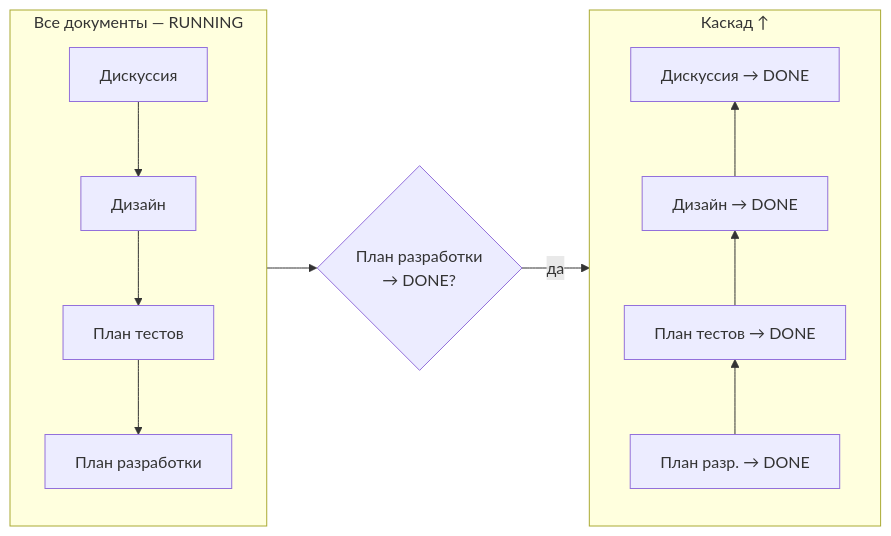
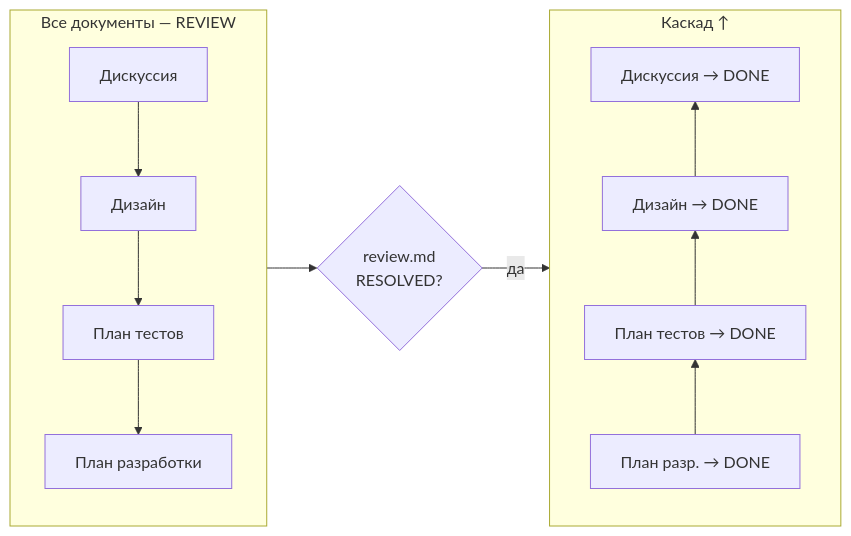
The fifth of 6 diagrams in specs/.instructions/analysis/standard-analysis.md (NSEvteev/FullSpec), drawn with Mermaid before and after one commit. The commit also changed other lines of this file and 66 other files, not shown here.

````diff
--- a/specs/.instructions/analysis/standard-analysis.md
+++ b/specs/.instructions/analysis/standard-analysis.md
@@ -583,19 +625,19 @@
 ```mermaid
 graph LR
-    subgraph running["Все документы — RUNNING"]
+    subgraph review["Все документы — REVIEW"]
         direction TB
         D["Дискуссия"] --> DE["Дизайн"]
         DE --> T["План тестов"] --> P["План разработки"]
     end
 
-    TRIGGER{"План разработки<br/>→ DONE?"}
+    TRIGGER{"review.md<br/>RESOLVED?"}
 
     subgraph cascade["Каскад ↑"]
         direction BT
         PD["План разр. → DONE"] --> TD["План тестов → DONE"]
         TD --> DD["Дизайн → DONE"]
         DD --> DISCD["Дискуссия → DONE"]
     end
 
-    running --> TRIGGER -- "да" --> cascade
+    review --> TRIGGER -- "да" --> cascade
 ```
````
